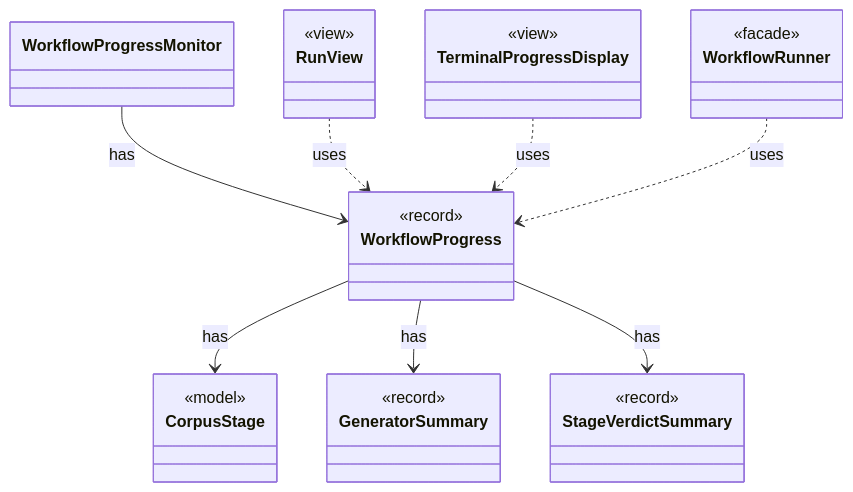
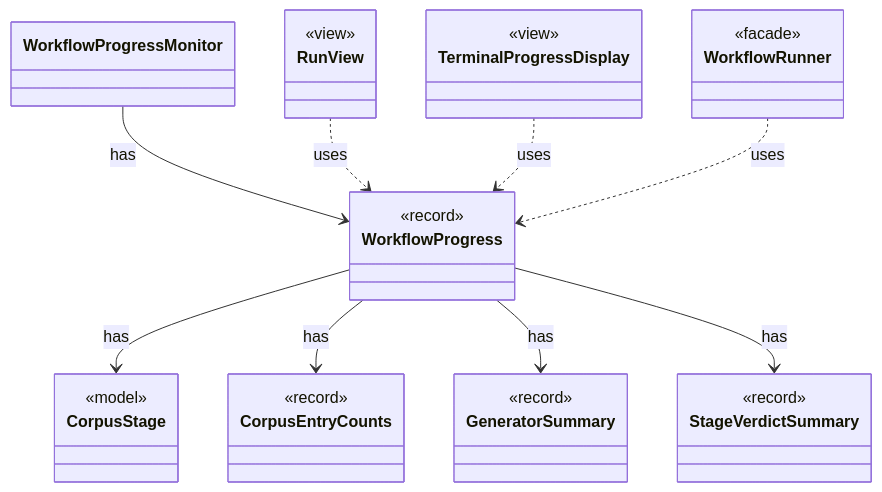
Before and after one commit to tlaplus/model-checker-hardening: the diagram in dev/types/io.github.tlaplus.hardening.workflow.WorkflowProgress.md, drawn with Mermaid. The commit also changed other lines of this file and 438 other files, not shown here.

````diff
--- a/dev/types/io.github.tlaplus.hardening.workflow.WorkflowProgress.md
+++ b/dev/types/io.github.tlaplus.hardening.workflow.WorkflowProgress.md
@@ -7,32 +7,36 @@
 ```mermaid
 classDiagram
   class WorkflowProgress {
     <<record>>
   }
   class CorpusStage {
     <<model>>
+  }
+  class CorpusEntryCounts {
+    <<record>>
   }
   class GeneratorSummary {
     <<record>>
   }
   class StageVerdictSummary {
     <<record>>
   }
   class WorkflowProgressMonitor
   class RunView {
     <<view>>
   }
   class TerminalProgressDisplay {
     <<view>>
   }
   class WorkflowRunner {
     <<facade>>
   }
   WorkflowProgress --> CorpusStage : has
+  WorkflowProgress --> CorpusEntryCounts : has
   WorkflowProgress --> GeneratorSummary : has
   WorkflowProgress --> StageVerdictSummary : has
   WorkflowProgressMonitor --> WorkflowProgress : has
   RunView ..> WorkflowProgress : uses
   TerminalProgressDisplay ..> WorkflowProgress : uses
   WorkflowRunner ..> WorkflowProgress : uses
 ```
````
